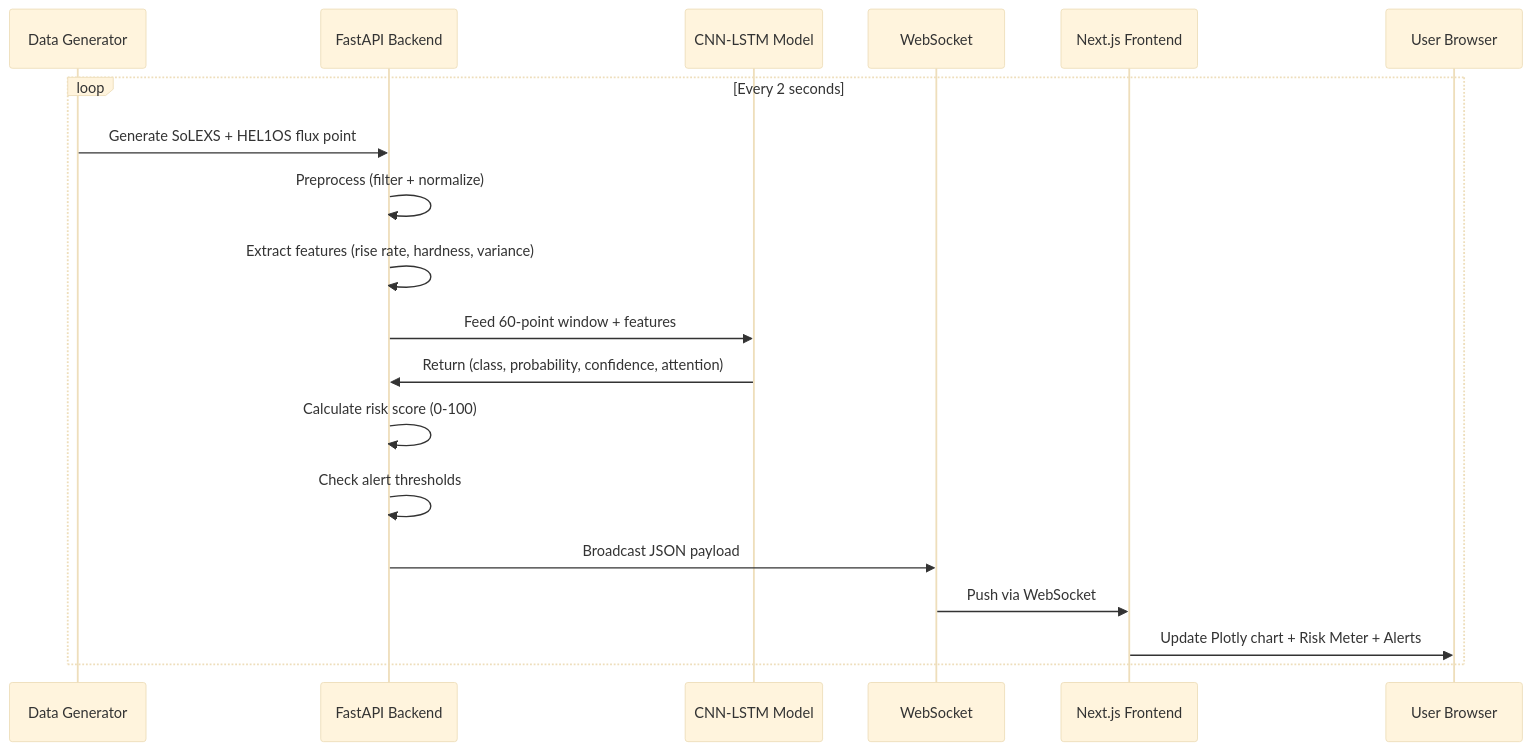
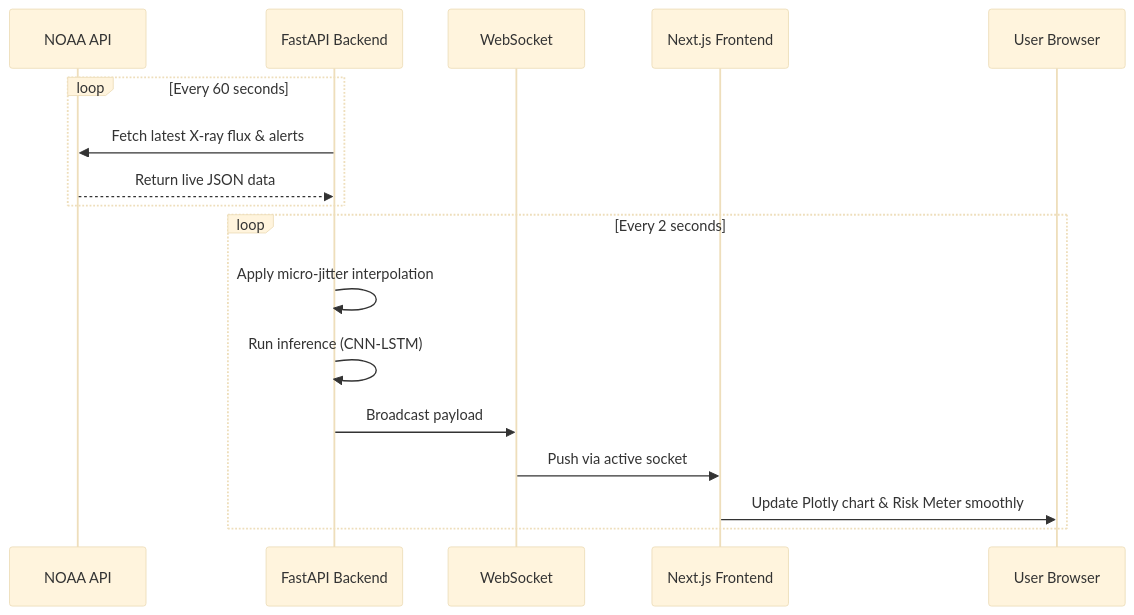
One commit to SudiptaSanki/SuryaShield-AI changed the fourth of 4 diagrams in README.md. Above: the diagram before and after it, drawn with Mermaid (base theme). The commit also changed other lines of this file and 2 other files, not shown here.

Commit message:
docs: update README with detailed real-time pipeline explanations and mermaid diagrams

````diff
--- a/README.md
+++ b/README.md
@@ -258,22 +167,21 @@
 ```mermaid
 sequenceDiagram
-    participant G as Data Generator
+    participant N as NOAA API
     participant B as FastAPI Backend
-    participant AI as CNN-LSTM Model
     participant WS as WebSocket
     participant F as Next.js Frontend
     participant U as User Browser
 
+    loop Every 60 seconds
+        B->>N: Fetch latest X-ray flux & alerts
+        N-->>B: Return live JSON data
+    end
+
     loop Every 2 seconds
-        G->>B: Generate SoLEXS + HEL1OS flux point
-        B->>B: Preprocess (filter + normalize)
-        B->>B: Extract features (rise rate, hardness, variance)
-        B->>AI: Feed 60-point window + features
-        AI->>B: Return (class, probability, confidence, attention)
-        B->>B: Calculate risk score (0-100)
-        B->>B: Check alert thresholds
-        B->>WS: Broadcast JSON payload
-        WS->>F: Push via WebSocket
-        F->>U: Update Plotly chart + Risk Meter + Alerts
+        B->>B: Apply micro-jitter interpolation
+        B->>B: Run inference (CNN-LSTM)
+        B->>WS: Broadcast payload
+        WS->>F: Push via active socket
+        F->>U: Update Plotly chart & Risk Meter smoothly
     end
 ```
````
